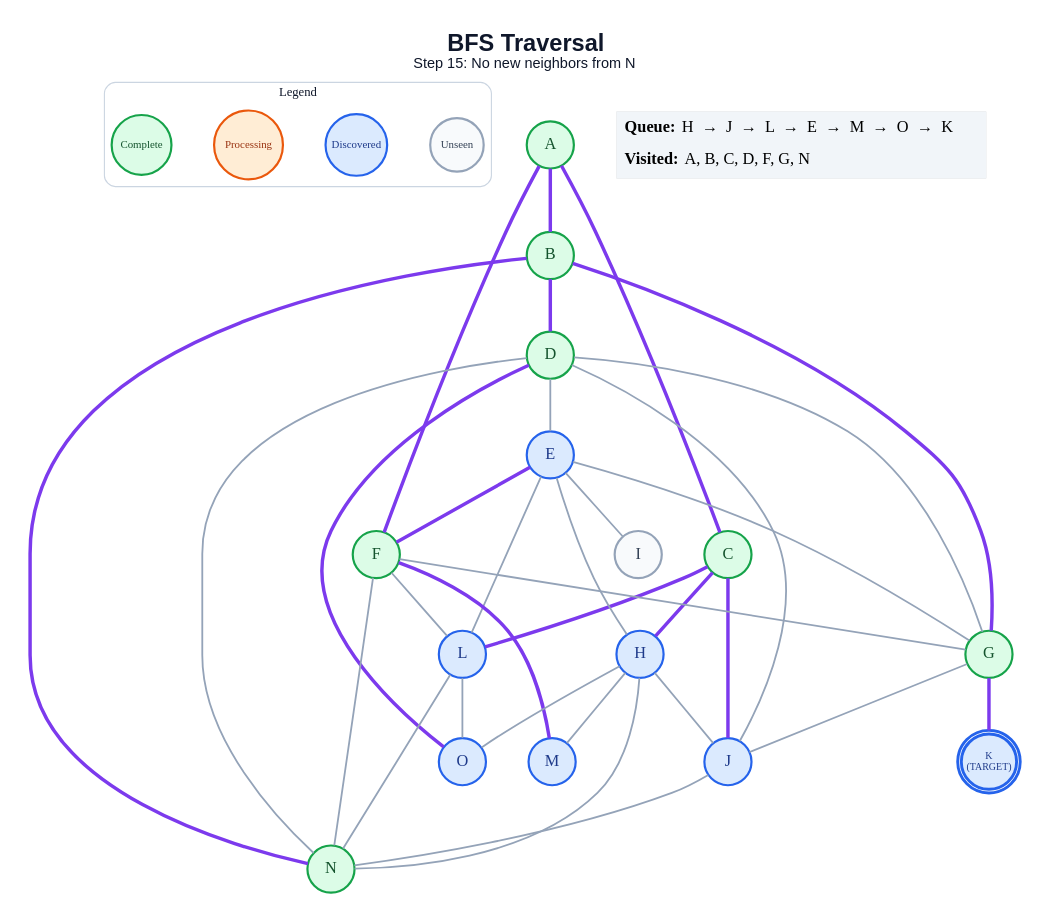
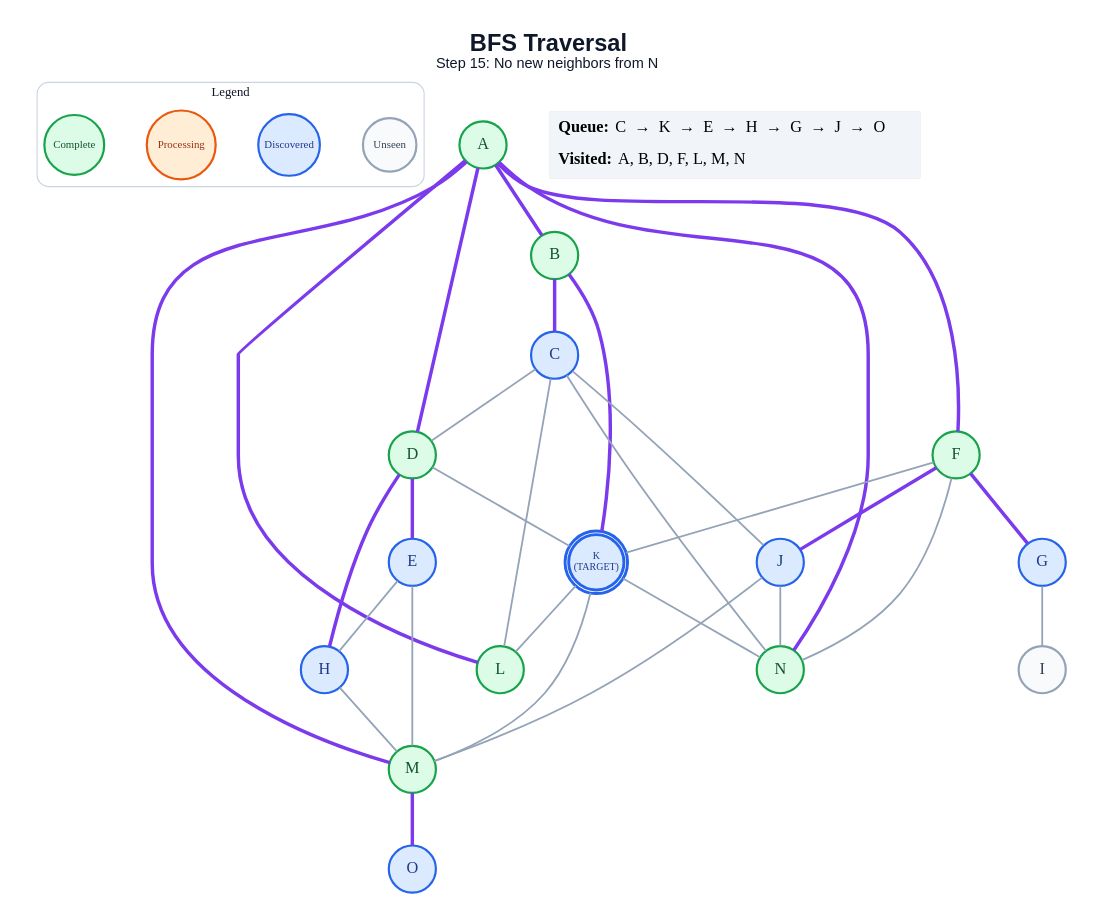
The diagram in generated/specific-node/bfs/step_15.dot (anon7238593-create/ai-slop), drawn with Graphviz before and after one commit. The commit also changed 317 other files, not shown here.

```diff
--- a/generated/specific-node/bfs/step_15.dot
+++ b/generated/specific-node/bfs/step_15.dot
@@ -1,66 +1,63 @@
 graph traversal {
   graph [layout=dot, rankdir=TB, bgcolor="#FFFFFF", pad="0.35", nodesep="0.65", ranksep="0.8", fontname="Arial"];
   node [shape=circle, style="filled", fontname="Arial Bold", fontsize=18, width=0.72, fixedsize=true, penwidth=2.4];
   edge [color="#94A3B8", penwidth=2.0];
   label=<<B>BFS Traversal</B><BR/><FONT POINT-SIZE="16">Step 15: No new neighbors from N</FONT>>; labelloc="t"; fontsize=26; fontname="Arial"; fontcolor="#0F172A";
   subgraph cluster_legend { label="Legend"; color="#CBD5E1"; penwidth=1.2; style="rounded"; fontsize=14; fontname="Arial Bold";
     key_unseen [label="Unseen", fillcolor="#F8FAFC", color="#94A3B8", fontcolor="#334155", fontsize=12, width=0.82];
     key_frontier [label="Discovered", fillcolor="#DBEAFE", color="#2563EB", fontcolor="#1E3A8A", fontsize=12, width=0.95];
     key_current [label="Processing", fillcolor="#FFEDD5", color="#EA580C", fontcolor="#9A3412", fontsize=12, width=1.05];
     key_done [label="Complete", fillcolor="#DCFCE7", color="#16A34A", fontcolor="#14532D", fontsize=12, width=0.92];
     { rank=same; key_unseen; key_frontier; key_current; key_done; }
   }
   A [label="A", fillcolor="#DCFCE7", color="#16A34A", fontcolor="#14532D", peripheries=1, penwidth=2.4];
   B [label="B", fillcolor="#DCFCE7", color="#16A34A", fontcolor="#14532D", peripheries=1, penwidth=2.4];
-  C [label="C", fillcolor="#DCFCE7", color="#16A34A", fontcolor="#14532D", peripheries=1, penwidth=2.4];
+  C [label="C", fillcolor="#DBEAFE", color="#2563EB", fontcolor="#1E3A8A", peripheries=1, penwidth=2.4];
   D [label="D", fillcolor="#DCFCE7", color="#16A34A", fontcolor="#14532D", peripheries=1, penwidth=2.4];
   E [label="E", fillcolor="#DBEAFE", color="#2563EB", fontcolor="#1E3A8A", peripheries=1, penwidth=2.4];
   F [label="F", fillcolor="#DCFCE7", color="#16A34A", fontcolor="#14532D", peripheries=1, penwidth=2.4];
-  G [label="G", fillcolor="#DCFCE7", color="#16A34A", fontcolor="#14532D", peripheries=1, penwidth=2.4];
+  G [label="G", fillcolor="#DBEAFE", color="#2563EB", fontcolor="#1E3A8A", peripheries=1, penwidth=2.4];
   H [label="H", fillcolor="#DBEAFE", color="#2563EB", fontcolor="#1E3A8A", peripheries=1, penwidth=2.4];
   I [label="I", fillcolor="#F8FAFC", color="#94A3B8", fontcolor="#334155", peripheries=1, penwidth=2.4];
   J [label="J", fillcolor="#DBEAFE", color="#2563EB", fontcolor="#1E3A8A", peripheries=1, penwidth=2.4];
   K [label="K\n(TARGET)", fillcolor="#DBEAFE", color="#2563EB", fontcolor="#1E3A8A", peripheries=2, penwidth=3.2, fontsize=11, width=0.85, height=0.85];
-  L [label="L", fillcolor="#DBEAFE", color="#2563EB", fontcolor="#1E3A8A", peripheries=1, penwidth=2.4];
-  M [label="M", fillcolor="#DBEAFE", color="#2563EB", fontcolor="#1E3A8A", peripheries=1, penwidth=2.4];
+  L [label="L", fillcolor="#DCFCE7", color="#16A34A", fontcolor="#14532D", peripheries=1, penwidth=2.4];
+  M [label="M", fillcolor="#DCFCE7", color="#16A34A", fontcolor="#14532D", peripheries=1, penwidth=2.4];
   N [label="N", fillcolor="#DCFCE7", color="#16A34A", fontcolor="#14532D", peripheries=1, penwidth=2.4];
   O [label="O", fillcolor="#DBEAFE", color="#2563EB", fontcolor="#1E3A8A", peripheries=1, penwidth=2.4];
   A -- B [color="#7C3AED", penwidth=3.8];
-  A -- C [color="#7C3AED", penwidth=3.8];
+  A -- D [color="#7C3AED", penwidth=3.8];
   A -- F [color="#7C3AED", penwidth=3.8];
-  B -- D [color="#7C3AED", penwidth=3.8];
-  B -- G [color="#7C3AED", penwidth=3.8];
-  B -- N [color="#7C3AED", penwidth=3.8];
-  C -- H [color="#7C3AED", penwidth=3.8];
-  C -- J [color="#7C3AED", penwidth=3.8];
-  C -- L [color="#7C3AED", penwidth=3.8];
-  D -- E;
-  D -- G;
-  D -- J;
-  D -- N;
-  D -- O [color="#7C3AED", penwidth=3.8];
-  E -- F [color="#7C3AED", penwidth=3.8];
-  E -- G;
+  A -- L [color="#7C3AED", penwidth=3.8];
+  A -- M [color="#7C3AED", penwidth=3.8];
+  A -- N [color="#7C3AED", penwidth=3.8];
+  B -- C [color="#7C3AED", penwidth=3.8];
+  B -- K [color="#7C3AED", penwidth=3.8];
+  C -- D;
+  C -- J;
+  C -- L;
+  C -- N;
+  D -- E [color="#7C3AED", penwidth=3.8];
+  D -- H [color="#7C3AED", penwidth=3.8];
+  D -- K;
   E -- H;
-  E -- I;
-  E -- L;
-  F -- G;
-  F -- L;
-  F -- M [color="#7C3AED", penwidth=3.8];
+  E -- M;
+  F -- G [color="#7C3AED", penwidth=3.8];
+  F -- J [color="#7C3AED", penwidth=3.8];
+  F -- K;
   F -- N;
-  G -- J;
-  G -- K [color="#7C3AED", penwidth=3.8];
-  H -- J;
+  G -- I;
   H -- M;
-  H -- N;
-  H -- O;
+  J -- M;
   J -- N;
-  L -- N;
-  L -- O;
+  K -- L;
+  K -- M;
+  K -- N;
+  M -- O [color="#7C3AED", penwidth=3.8];
   status [shape=plain, fixedsize=false, width=0, height=0, margin=0, label=<
     <TABLE BORDER="0" CELLBORDER="0" CELLPADDING="7" BGCOLOR="#F1F5F9">
-      <TR><TD ALIGN="LEFT"><B>Queue:</B> H  →  J  →  L  →  E  →  M  →  O  →  K</TD></TR>
-      <TR><TD ALIGN="LEFT"><B>Visited:</B> A, B, C, D, F, G, N</TD></TR>
+      <TR><TD ALIGN="LEFT"><B>Queue:</B> C  →  K  →  E  →  H  →  G  →  J  →  O</TD></TR>
+      <TR><TD ALIGN="LEFT"><B>Visited:</B> A, B, D, F, L, M, N</TD></TR>
     </TABLE>
   >];
 }
```
